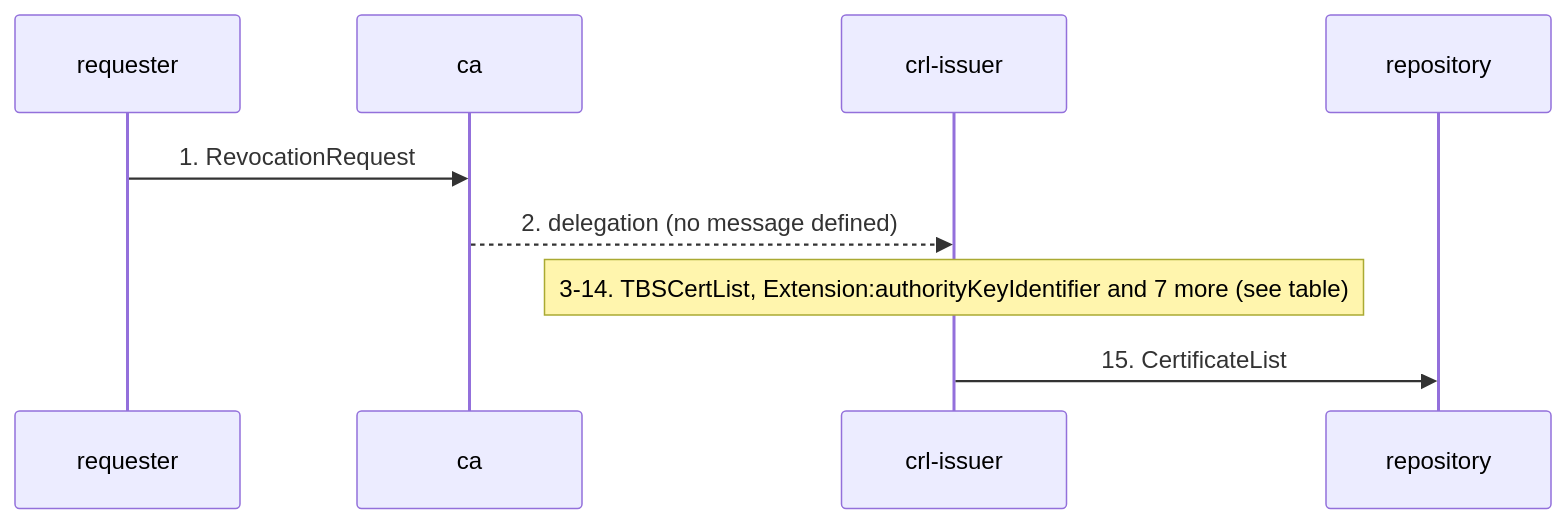
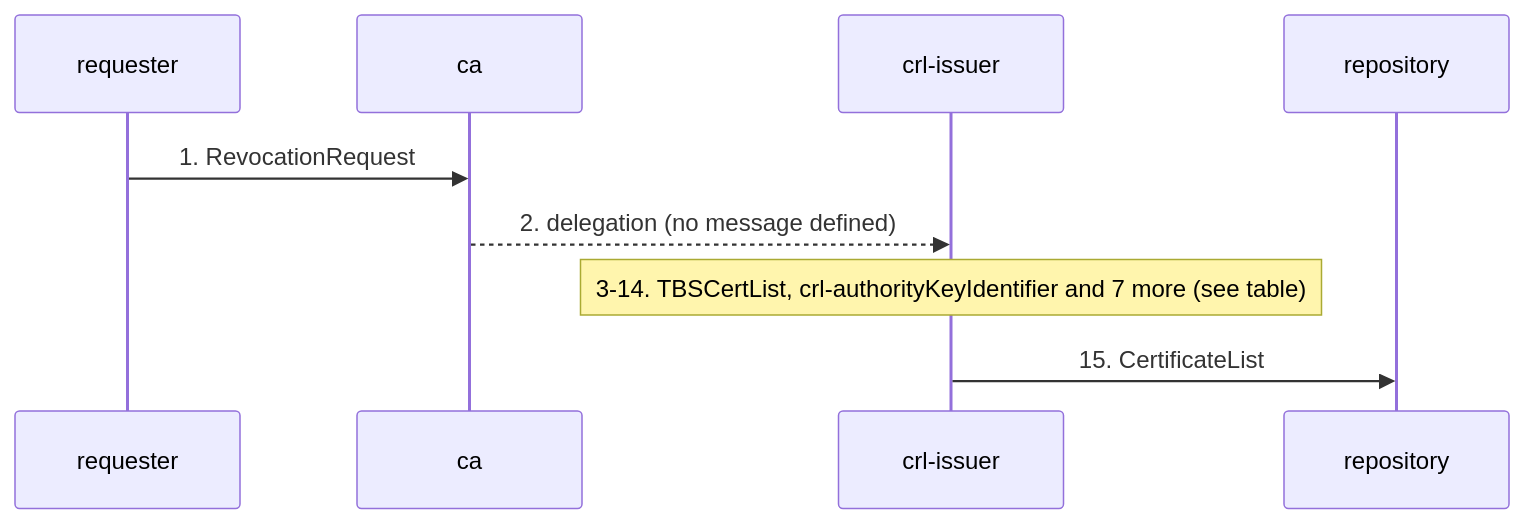
One commit to m-of-n/library changed the second of 15 diagrams in records/ietf/rfc-5280/distilled/protocol.md. Above: the diagram before and after it, drawn with Mermaid. The commit also changed other lines of this file and 7 other files, not shown here.

````diff
--- a/records/ietf/rfc-5280/distilled/protocol.md
+++ b/records/ietf/rfc-5280/distilled/protocol.md
@@ -123,11 +123,11 @@
 ```mermaid
 sequenceDiagram
   participant requester as requester
   participant ca as ca
   participant crl_issuer as crl-issuer
   participant repository as repository
   requester->>ca: 1. RevocationRequest
   ca-->>crl_issuer: 2. delegation (no message defined)
-  Note over crl_issuer: 3-14. TBSCertList, Extension:authorityKeyIdentifier and 7 more (see table)
+  Note over crl_issuer: 3-14. TBSCertList, crl-authorityKeyIdentifier and 7 more (see table)
   crl_issuer->>repository: 15. CertificateList
 ```
````
